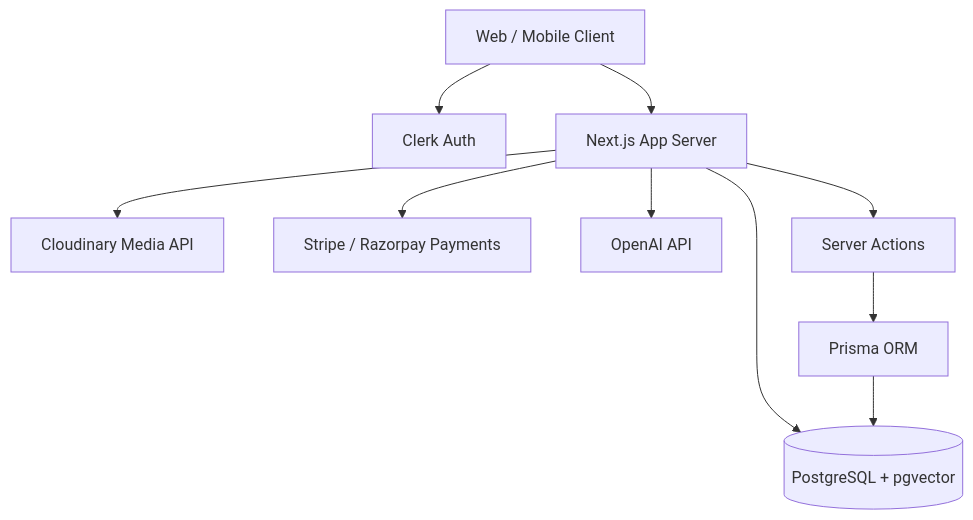
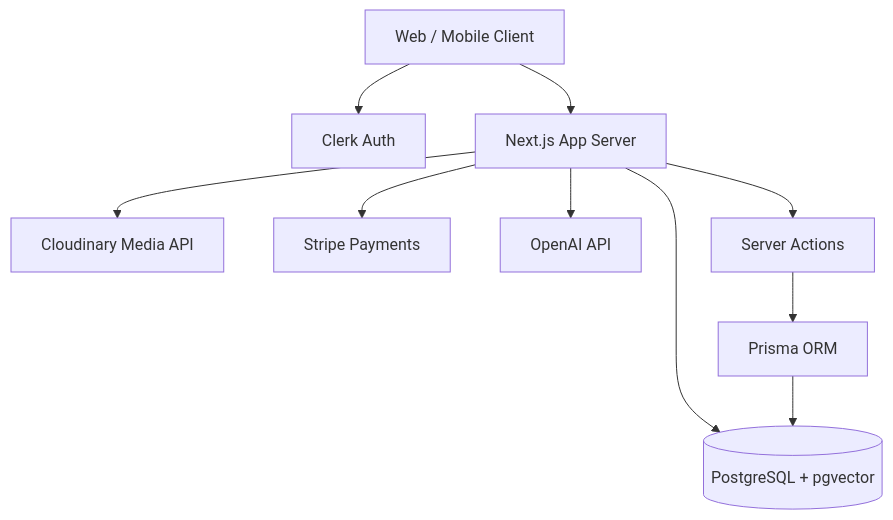
Before and after one commit to Punith1504/occupyo: the first of 3 diagrams in Occupyo_Master_Documentation.md, drawn with Mermaid. The commit also changed other lines of this file and 31 other files, not shown here.

````diff
--- a/Occupyo_Master_Documentation.md
+++ b/Occupyo_Master_Documentation.md
@@ -26,14 +26,14 @@
 ```mermaid
 graph TD
     Client[Web / Mobile Client] --> Clerk[Clerk Auth]
     Client --> Next[Next.js App Server]
     
     Next --> DB[(PostgreSQL + pgvector)]
     Next --> Cloudinary[Cloudinary Media API]
-    Next --> Stripe[Stripe / Razorpay Payments]
+    Next --> Stripe[Stripe Payments]
     Next --> OpenAI[OpenAI API]
     
     Next --> Actions[Server Actions]
     Actions --> Prisma[Prisma ORM]
     Prisma --> DB
 ```
````
